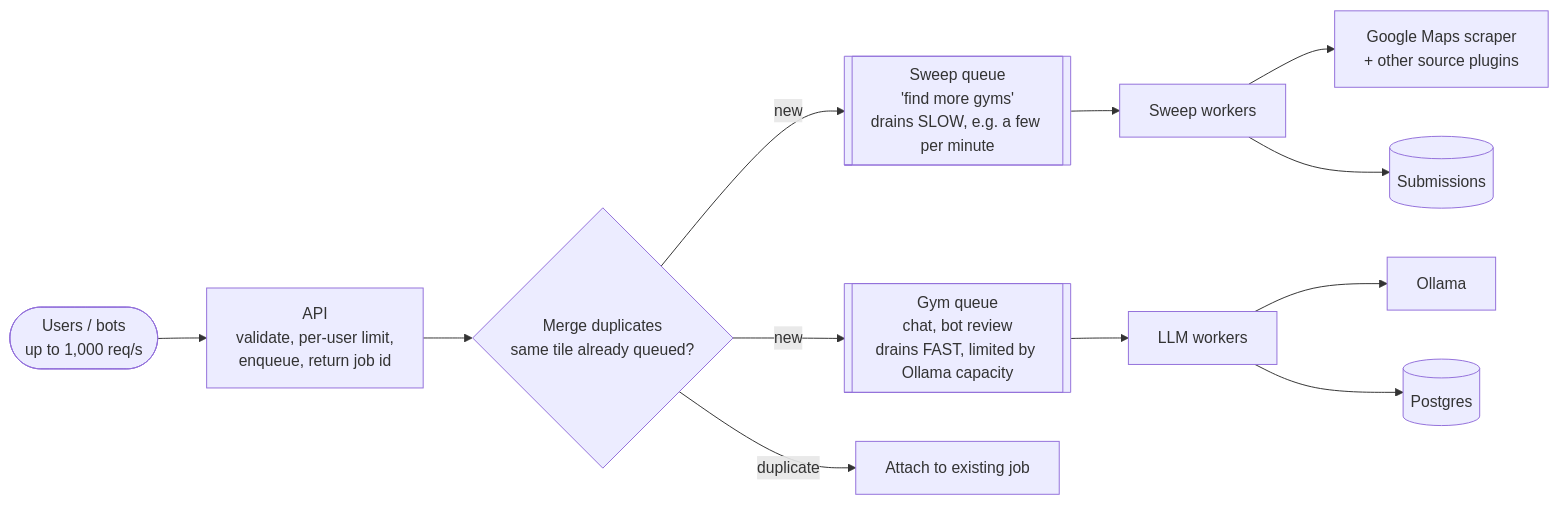
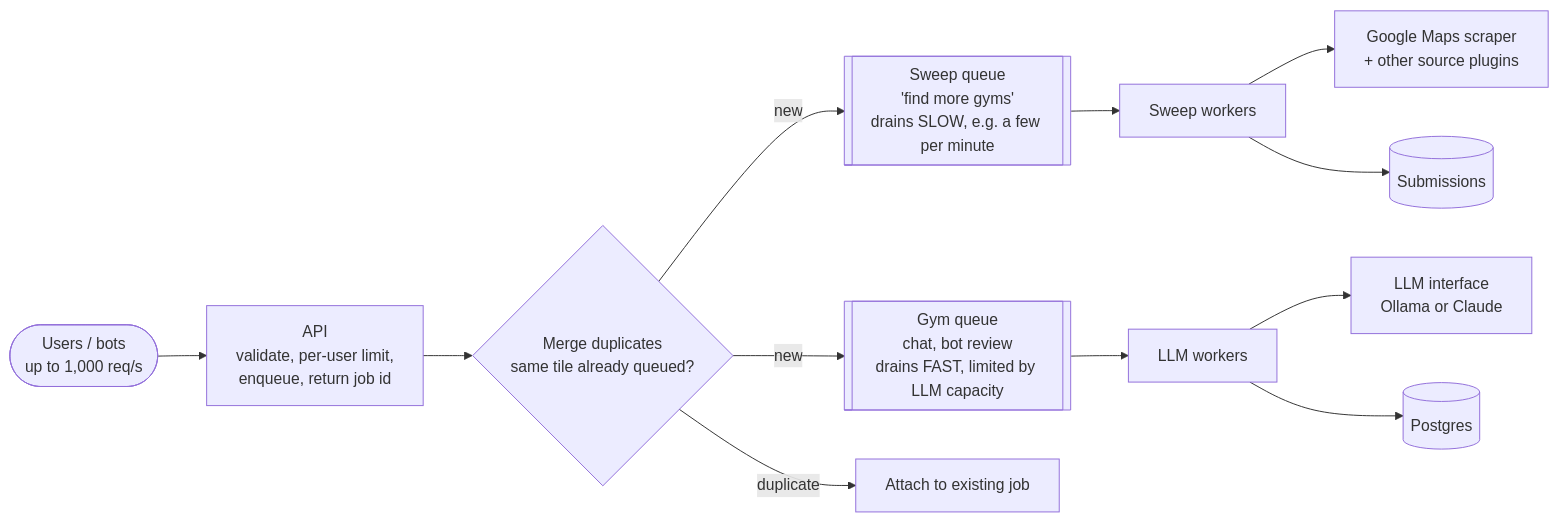
Before and after one commit to AbsentLung/TravelApp: diagram 12 of 19 in DESIGN_DISCUSSION.md, drawn with Mermaid. The commit also changed other lines of this file, not shown here.

````diff
--- a/DESIGN_DISCUSSION.md
+++ b/DESIGN_DISCUSSION.md
@@ -345,12 +345,12 @@
 ```mermaid
 flowchart LR
     App([Users / bots<br/>up to 1,000 req/s]) --> API[API<br/>validate, per-user limit,<br/>enqueue, return job id]
     API --> M{Merge duplicates<br/>same tile already queued?}
     M -->|new| QS[["Sweep queue<br/>'find more gyms'<br/>drains SLOW, e.g. a few per minute"]]
-    M -->|new| QG[["Gym queue<br/>chat, bot review<br/>drains FAST, limited by Ollama capacity"]]
+    M -->|new| QG[["Gym queue<br/>chat, bot review<br/>drains FAST, limited by LLM capacity"]]
     M -->|duplicate| J[Attach to existing job]
     QS --> WS[Sweep workers] --> GM[Google Maps scraper<br/>+ other source plugins]
-    QG --> WG[LLM workers] --> OL[Ollama]
+    QG --> WG[LLM workers] --> OL[LLM interface<br/>Ollama or Claude]
     WS --> SUB[(Submissions)]
     WG --> PG[(Postgres)]
 ```
````
